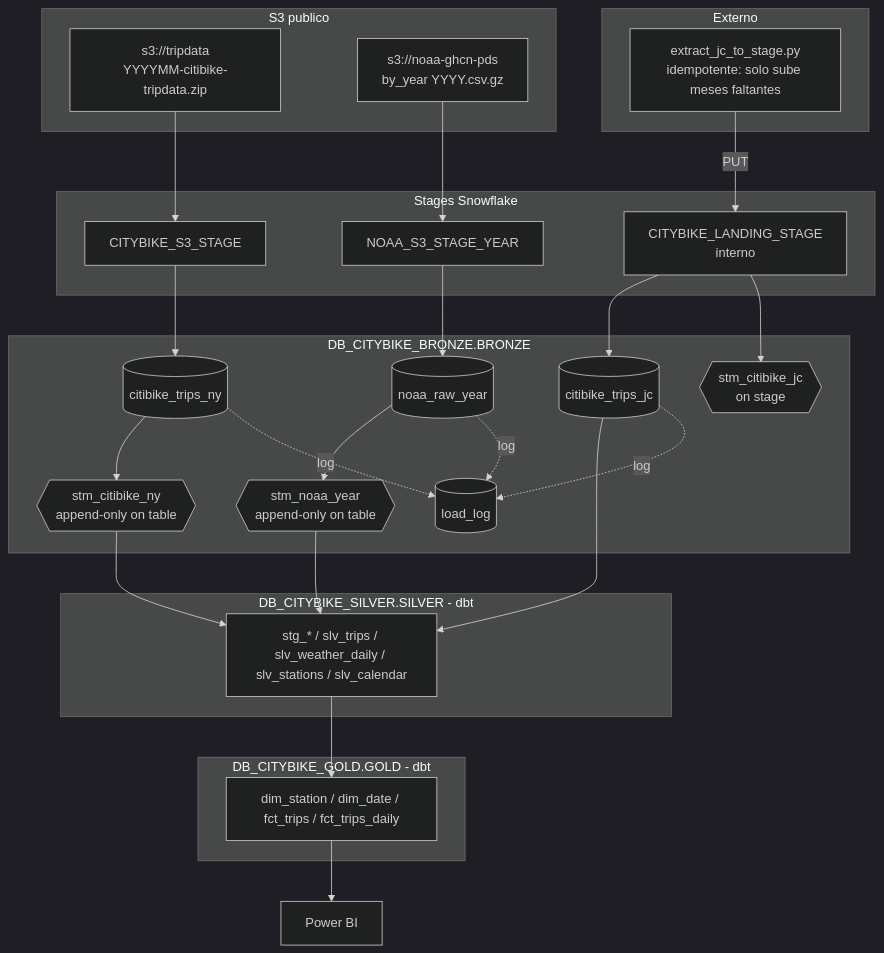
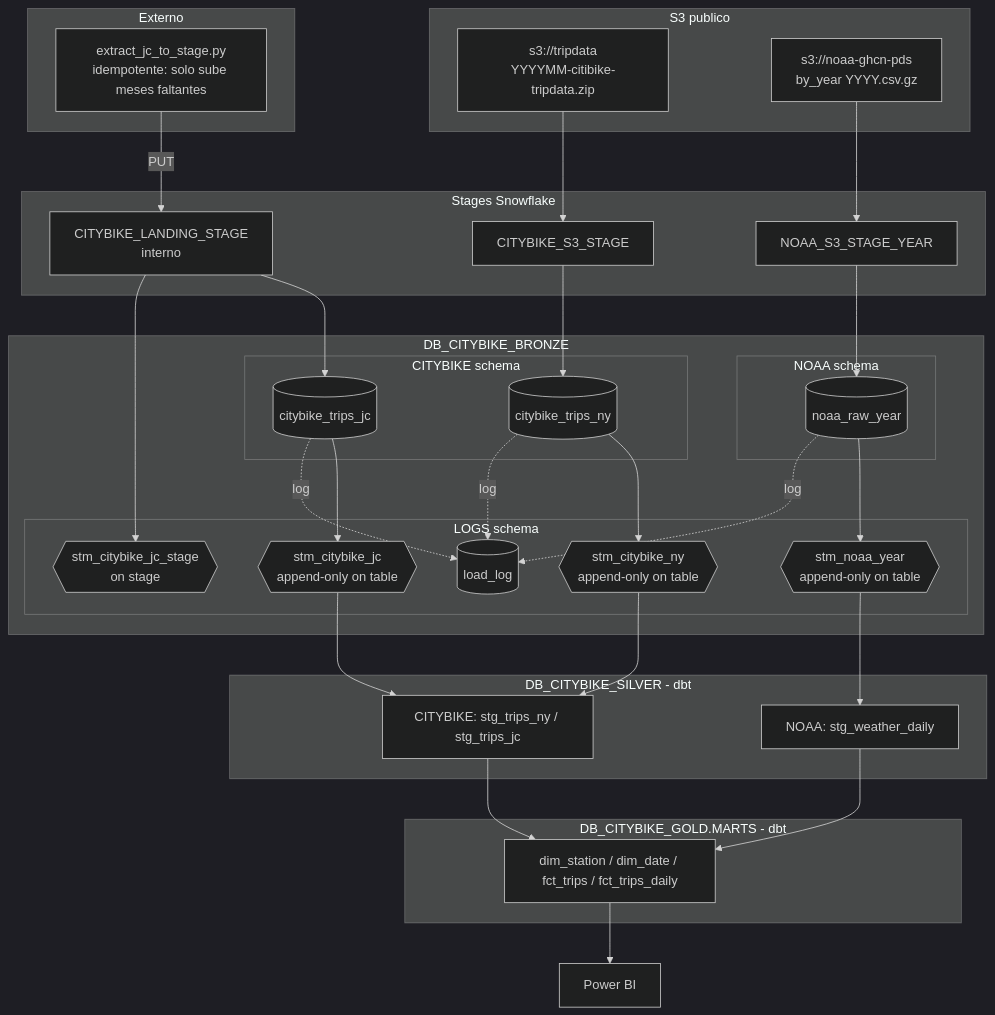
One commit to Rlizaran/Snowflake_proyect changed the first of 2 diagrams in README.md. Above: the diagram before and after it, drawn with Mermaid (dark theme). The commit also changed other lines of this file and 7 other files, not shown here.

````diff
--- a/README.md
+++ b/README.md
@@ -14,55 +14,66 @@
 ```mermaid
 flowchart TD
     subgraph EXT[Externo]
         PY[extract_jc_to_stage.py<br/>idempotente: solo sube meses faltantes]
     end
 
     subgraph S3[S3 publico]
         S3NY[s3://tripdata<br/>YYYYMM-citibike-tripdata.zip]
         S3NOAA[s3://noaa-ghcn-pds<br/>by_year YYYY.csv.gz]
     end
 
     subgraph STAGES[Stages Snowflake]
         STG_NY[CITYBIKE_S3_STAGE]
         STG_JC[CITYBIKE_LANDING_STAGE<br/>interno]
         STG_NOAA[NOAA_S3_STAGE_YEAR]
     end
 
-    subgraph BRONZE[DB_CITYBIKE_BRONZE.BRONZE]
-        T_NY[(citibike_trips_ny)]
-        T_JC[(citibike_trips_jc)]
-        T_NOAA[(noaa_raw_year)]
-        LOG[(load_log)]
-        STM_NY{{stm_citibike_ny<br/>append-only on table}}
-        STM_JC{{stm_citibike_jc<br/>on stage}}
-        STM_NOAA{{stm_noaa_year<br/>append-only on table}}
+    subgraph BRONZE[DB_CITYBIKE_BRONZE]
+        subgraph BRONZE_CB[CITYBIKE schema]
+            T_NY[(citybike_trips_ny)]
+            T_JC[(citybike_trips_jc)]
+        end
+        subgraph BRONZE_NOAA[NOAA schema]
+            T_NOAA[(noaa_raw_year)]
+        end
+        subgraph BRONZE_LOGS[LOGS schema]
+            LOG[(load_log)]
+            STM_NY{{stm_citybike_ny<br/>append-only on table}}
+            STM_JC_TBL{{stm_citybike_jc<br/>append-only on table}}
+            STM_JC_STG{{stm_citybike_jc_stage<br/>on stage}}
+            STM_NOAA{{stm_noaa_year<br/>append-only on table}}
+        end
     end
 
-    subgraph SILVER[DB_CITYBIKE_SILVER.SILVER - dbt]
-        SLV[stg_* / slv_trips / slv_weather_daily / slv_stations / slv_calendar]
+    subgraph SILVER[DB_CITYBIKE_SILVER - dbt]
+        SLV_CB[CITYBIKE: stg_trips_ny / stg_trips_jc]
+        SLV_NOAA[NOAA: stg_weather_daily]
     end
 
-    subgraph GOLD[DB_CITYBIKE_GOLD.GOLD - dbt]
+    subgraph GOLD[DB_CITYBIKE_GOLD.MARTS - dbt]
         GLD[dim_station / dim_date / fct_trips / fct_trips_daily]
     end
 
     PBI[Power BI]
 
     S3NY --> STG_NY --> T_NY
     PY -- PUT --> STG_JC --> T_JC
     S3NOAA --> STG_NOAA --> T_NOAA
 
     T_NY --> STM_NY
-    STG_JC --> STM_JC
+    T_JC --> STM_JC_TBL
+    STG_JC --> STM_JC_STG
     T_NOAA --> STM_NOAA
 
-    STM_NY --> SLV
-    STM_NOAA --> SLV
-    T_JC --> SLV
+    STM_NY --> SLV_CB
+    STM_JC_TBL --> SLV_CB
+    STM_NOAA --> SLV_NOAA
 
-    SLV --> GLD --> PBI
+    SLV_CB --> GLD
+    SLV_NOAA --> GLD
+    GLD --> PBI
 
     T_NY -.log.-> LOG
     T_JC -.log.-> LOG
     T_NOAA -.log.-> LOG
 ```
````
